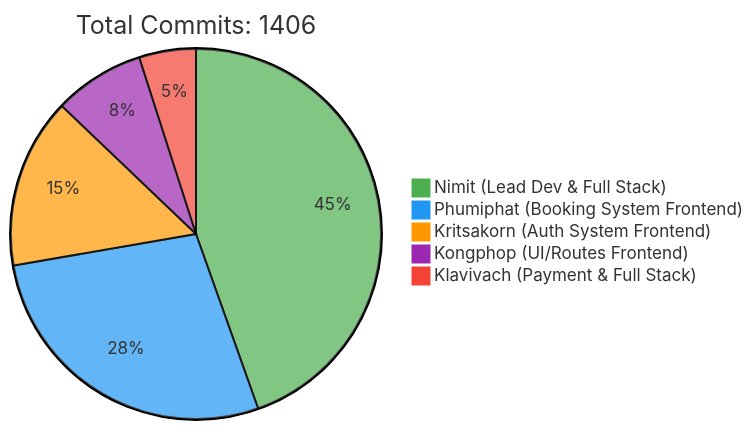
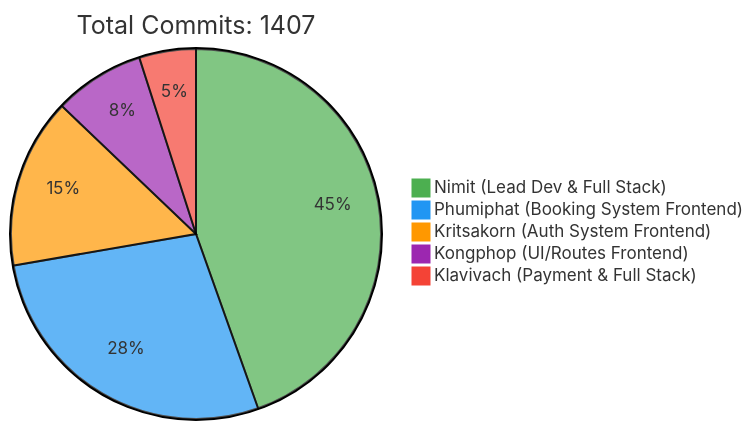
Before and after one commit to 6531503042/Sport-Complex: the first of 2 diagrams in README.md, drawn with Mermaid. The commit also changed other lines of this file, not shown here.

Commit message:
docs: Update contributor statistics [skip ci]

````diff
--- a/README.md
+++ b/README.md
@@ -257,10 +257,10 @@
 ```mermaid
 %%{init: {'theme': 'base', 'themeVariables': { 'pie1': '#4CAF50', 'pie2': '#2196F3', 'pie3': '#FF9800', 'pie4': '#9C27B0', 'pie5': '#F44336'}}}%%
 pie
-    title Total Commits: 1406
+    title Total Commits: 1407
     "Nimit (Lead Dev & Full Stack)" : 450
     "Phumiphat (Booking System Frontend)" : 280
     "Kritsakorn (Auth System Frontend)" : 150
     "Kongphop (UI/Routes Frontend)" : 80
     "Klavivach (Payment & Full Stack)" : 50
 ```
````
